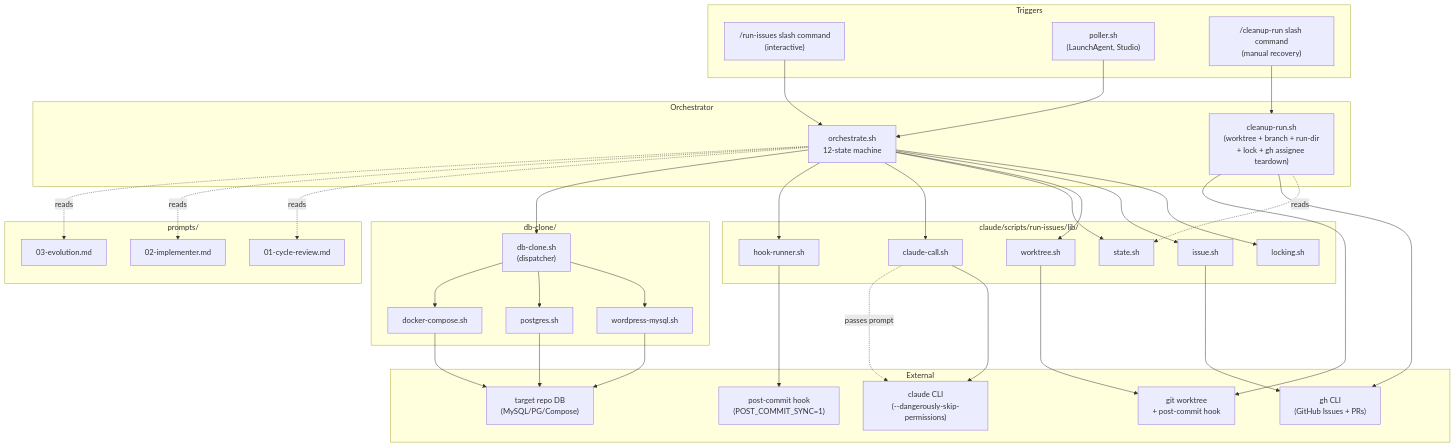
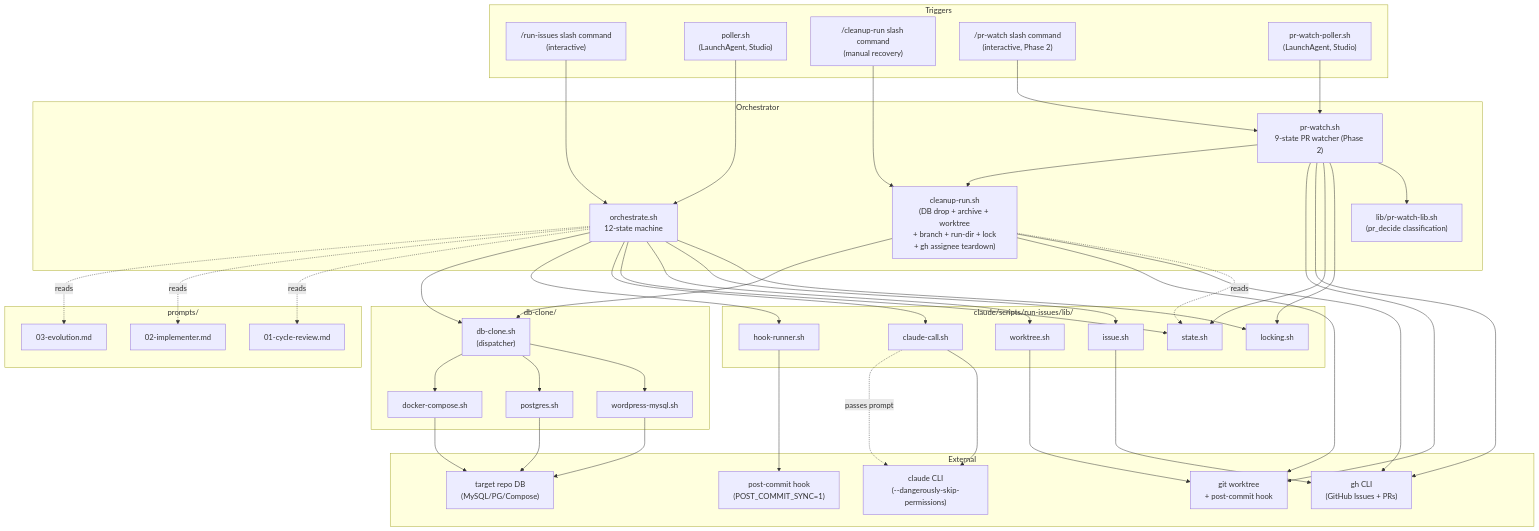
Before and after one commit to Silon-Oy/silon-issue-runner: the diagram in docs/diagrams/run-issues-component-dependencies.mmd, drawn with Mermaid. The commit also changed 17 other files, not shown here.

First line of the commit message:
feat(pr-watch): add PR supervisor (issue #9, Phase 2)

```diff
--- a/docs/diagrams/run-issues-component-dependencies.mmd
+++ b/docs/diagrams/run-issues-component-dependencies.mmd
@@ -1,77 +1,91 @@
 %% /run-issues — component dependencies
 %% Shows which scripts call which libs and how external systems hook in.
 flowchart TB
     subgraph Triggers
         CMD["/run-issues slash command<br/>(interactive)"]
         POLL["poller.sh<br/>(LaunchAgent, Studio)"]
         CLEAN_CMD["/cleanup-run slash command<br/>(manual recovery)"]
+        PR_CMD["/pr-watch slash command<br/>(interactive, Phase 2)"]
+        PR_POLL["pr-watch-poller.sh<br/>(LaunchAgent, Studio)"]
     end
 
     subgraph Orchestrator
         ORCH["orchestrate.sh<br/>12-state machine"]
-        CLEAN["cleanup-run.sh<br/>(worktree + branch + run-dir<br/>+ lock + gh assignee teardown)"]
+        CLEAN["cleanup-run.sh<br/>(DB drop + archive + worktree<br/>+ branch + run-dir + lock<br/>+ gh assignee teardown)"]
+        PRWATCH["pr-watch.sh<br/>9-state PR watcher (Phase 2)"]
+        PRLIB["lib/pr-watch-lib.sh<br/>(pr_decide classification)"]
     end
 
     subgraph Libraries["claude/scripts/run-issues/lib/"]
         L_LOCK["locking.sh"]
         L_ISSUE["issue.sh"]
         L_WT["worktree.sh"]
         L_STATE["state.sh"]
         L_CLAUDE["claude-call.sh"]
         L_HOOK["hook-runner.sh"]
     end
 
     subgraph Prompts["prompts/"]
         P_CR["01-cycle-review.md"]
         P_IMP["02-implementer.md"]
         P_EVO["03-evolution.md"]
     end
 
     subgraph DBClone["db-clone/"]
         DC_DISP["db-clone.sh<br/>(dispatcher)"]
         DC_WP["wordpress-mysql.sh"]
         DC_PG["postgres.sh"]
         DC_DC["docker-compose.sh"]
     end
 
     subgraph External
         GH["gh CLI<br/>(GitHub Issues + PRs)"]
         GIT["git worktree<br/>+ post-commit hook"]
         CC["claude CLI<br/>(--dangerously-skip-permissions)"]
         PCH["post-commit hook<br/>(POST_COMMIT_SYNC=1)"]
         DB["target repo DB<br/>(MySQL/PG/Compose)"]
     end
 
     CMD --> ORCH
     POLL --> ORCH
     CLEAN_CMD --> CLEAN
+    PR_CMD --> PRWATCH
+    PR_POLL --> PRWATCH
 
     CLEAN -. reads .-> L_STATE
     CLEAN --> GH
     CLEAN --> GIT
+    CLEAN --> DC_DISP
+
+    PRWATCH --> PRLIB
+    PRWATCH --> L_LOCK
+    PRWATCH --> L_STATE
+    PRWATCH --> GH
+    PRWATCH --> GIT
+    PRWATCH --> CLEAN
 
     ORCH --> L_LOCK
     ORCH --> L_ISSUE
     ORCH --> L_WT
     ORCH --> L_STATE
     ORCH --> L_CLAUDE
     ORCH --> L_HOOK
     ORCH --> DC_DISP
 
     L_ISSUE --> GH
     L_WT --> GIT
     L_CLAUDE --> CC
     L_HOOK --> PCH
 
     DC_DISP --> DC_WP
     DC_DISP --> DC_PG
     DC_DISP --> DC_DC
     DC_WP --> DB
     DC_PG --> DB
     DC_DC --> DB
 
     ORCH -. reads .-> P_CR
     ORCH -. reads .-> P_IMP
     ORCH -. reads .-> P_EVO
 
     L_CLAUDE -. passes prompt .-> CC
```
